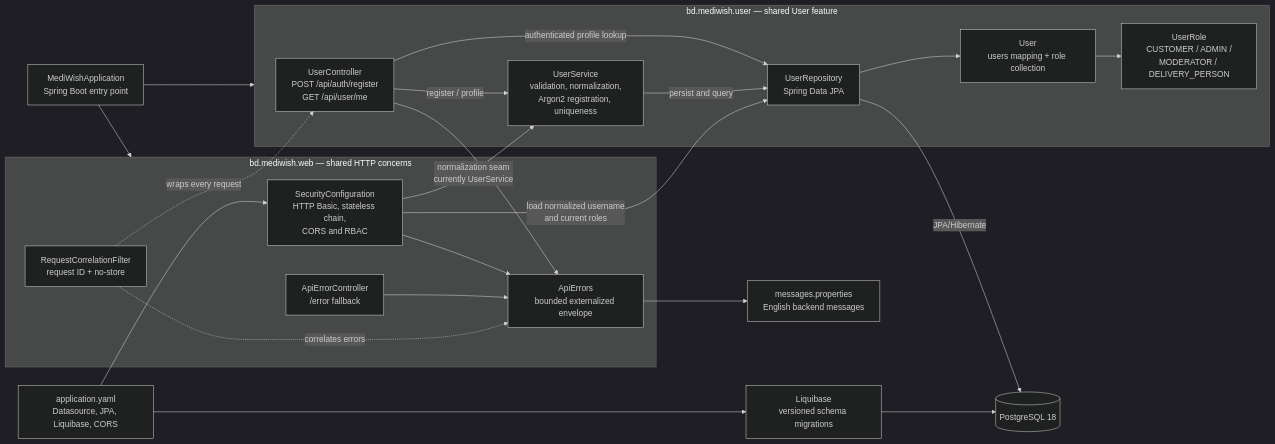
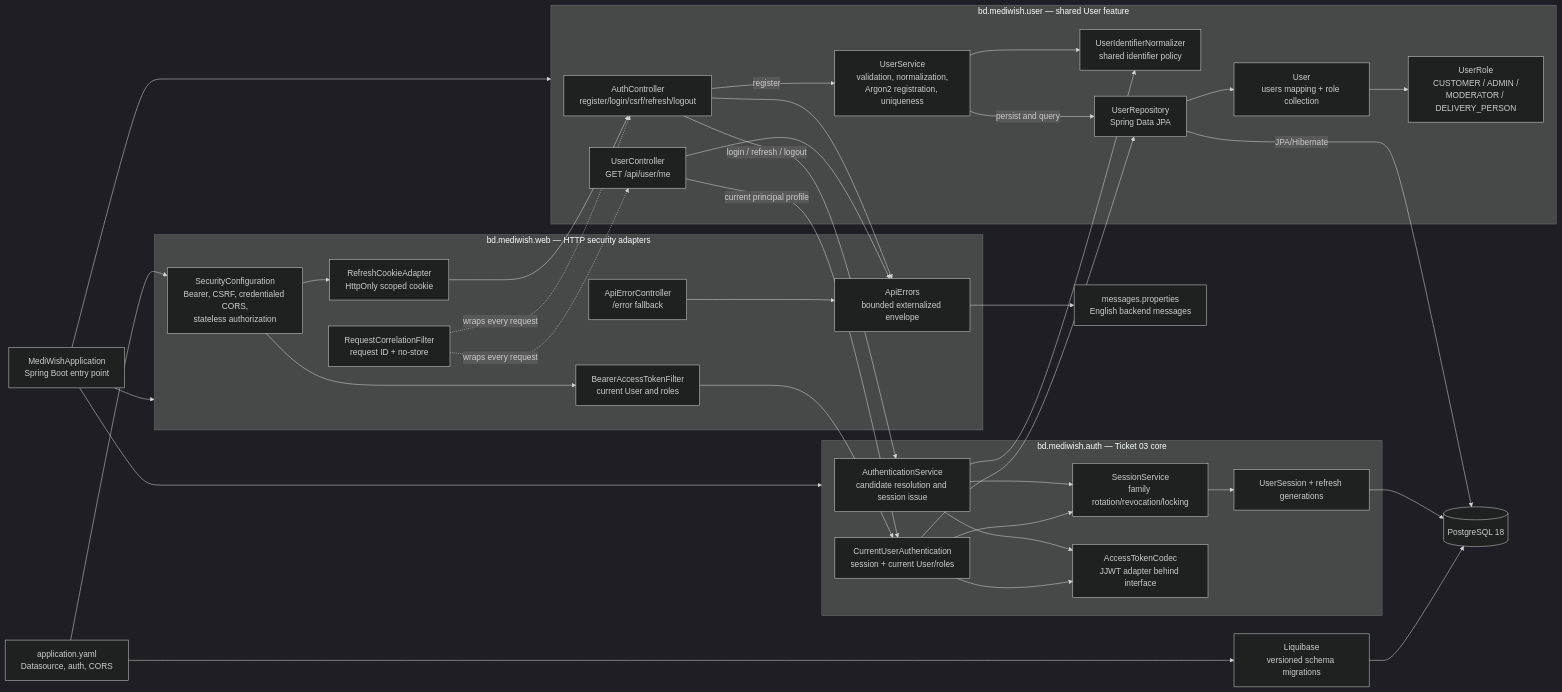
One commit to n-saakib/medi-wish-bd changed the first of 2 diagrams in backend/docs/code-architecture.md. Above: the diagram before and after it, drawn with Mermaid (dark theme). The commit also changed other lines of this file and 109 other files, not shown here.

Commit message:
Implement JWT session authentication

````diff
--- a/backend/docs/code-architecture.md
+++ b/backend/docs/code-architecture.md
@@ -15,44 +15,69 @@
 ```mermaid
 flowchart LR
     BOOT[MediWishApplication<br/>Spring Boot entry point]
 
     subgraph USER[bd.mediwish.user — shared User feature]
-        UC[UserController<br/>POST /api/auth/register<br/>GET /api/user/me]
+        AC[AuthController<br/>register/login/csrf/refresh/logout]
+        UC[UserController<br/>GET /api/user/me]
+        IDS[UserIdentifierNormalizer<br/>shared identifier policy]
         US[UserService<br/>validation, normalization,<br/>Argon2 registration, uniqueness]
         UR[UserRepository<br/>Spring Data JPA]
         UE[User<br/>users mapping + role collection]
         ROLE[UserRole<br/>CUSTOMER / ADMIN /<br/>MODERATOR / DELIVERY_PERSON]
     end
 
-    subgraph WEB[bd.mediwish.web — shared HTTP concerns]
-        SEC[SecurityConfiguration<br/>HTTP Basic, stateless chain,<br/>CORS and RBAC]
+    subgraph AUTH[bd.mediwish.auth — Ticket 03 core]
+        AS[AuthenticationService<br/>candidate resolution and session issue]
+        SS[SessionService<br/>family rotation/revocation/locking]
+        AT[AccessTokenCodec<br/>JJWT adapter behind interface]
+        CU[CurrentUserAuthentication<br/>session + current User/roles]
+        SE[UserSession + refresh generations]
+    end
+
+    subgraph WEB[bd.mediwish.web — HTTP security adapters]
+        SEC[SecurityConfiguration<br/>Bearer, CSRF, credentialed CORS,<br/>stateless authorization]
+        BF[BearerAccessTokenFilter<br/>current User and roles]
+        RC[RefreshCookieAdapter<br/>HttpOnly scoped cookie]
         ERR[ApiErrors<br/>bounded externalized envelope]
         ERRCTRL[ApiErrorController<br/>/error fallback]
         CORR[RequestCorrelationFilter<br/>request ID + no-store]
     end
 
-    CONFIG[application.yaml<br/>Datasource, JPA, Liquibase, CORS]
+    CONFIG[application.yaml<br/>Datasource, auth, CORS]
     LIQ[Liquibase<br/>versioned schema migrations]
     DB[(PostgreSQL 18)]
     MSG[messages.properties<br/>English backend messages]
 
     BOOT --> USER
+    BOOT --> AUTH
     BOOT --> WEB
-    UC -->|register / profile| US
-    UC -->|authenticated profile lookup| UR
+    AC -->|register| US
+    AC -->|login / refresh / logout| AS
+    UC -->|current principal profile| CU
     US -->|persist and query| UR
     UR --> UE
     UE --> ROLE
-    SEC -->|load normalized username<br/>and current roles| UR
-    SEC -->|normalization seam<br/>currently UserService| US
-    SEC --> ERR
+    US --> IDS
+    AS --> IDS
+    AS --> SS
+    AS --> AT
+    CU --> AT
+    CU --> SS
+    CU --> UR
+    SS --> SE
+    SE --> DB
+    SEC --> BF
+    SEC --> RC
+    BF --> CU
+    RC --> AC
+    AC --> ERR
     UC --> ERR
     ERRCTRL --> ERR
+    CORR -.->|wraps every request| AC
     CORR -.->|wraps every request| UC
-    CORR -.->|correlates errors| ERR
     ERR --> MSG
     CONFIG --> SEC
     CONFIG --> LIQ
     LIQ --> DB
     UR -->|JPA/Hibernate| DB
 ```
````
